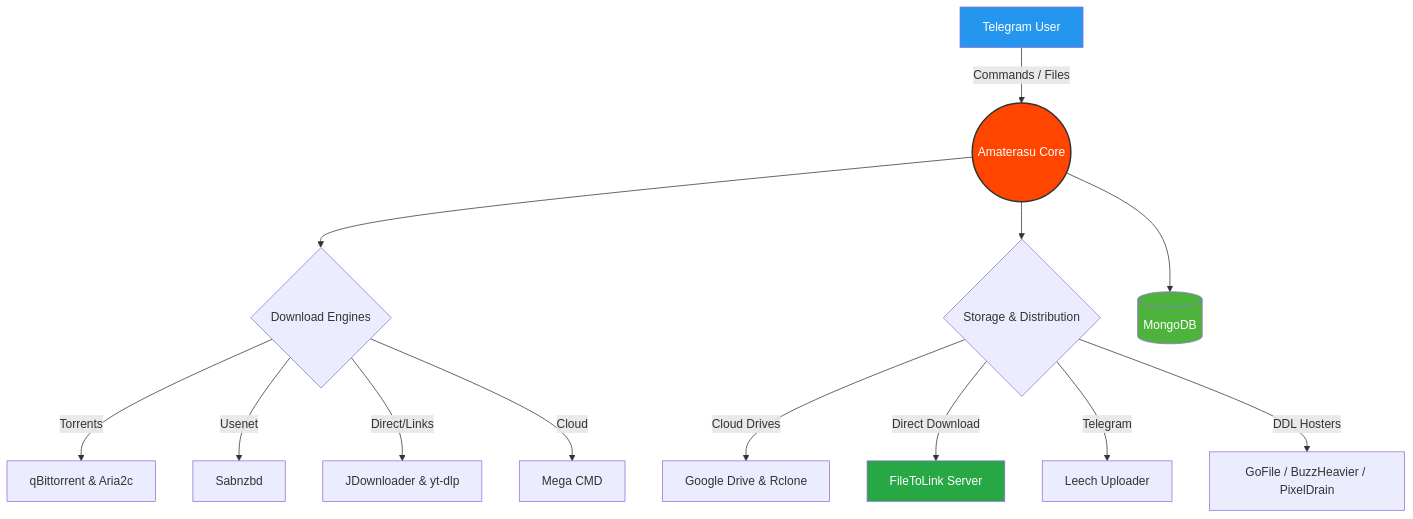
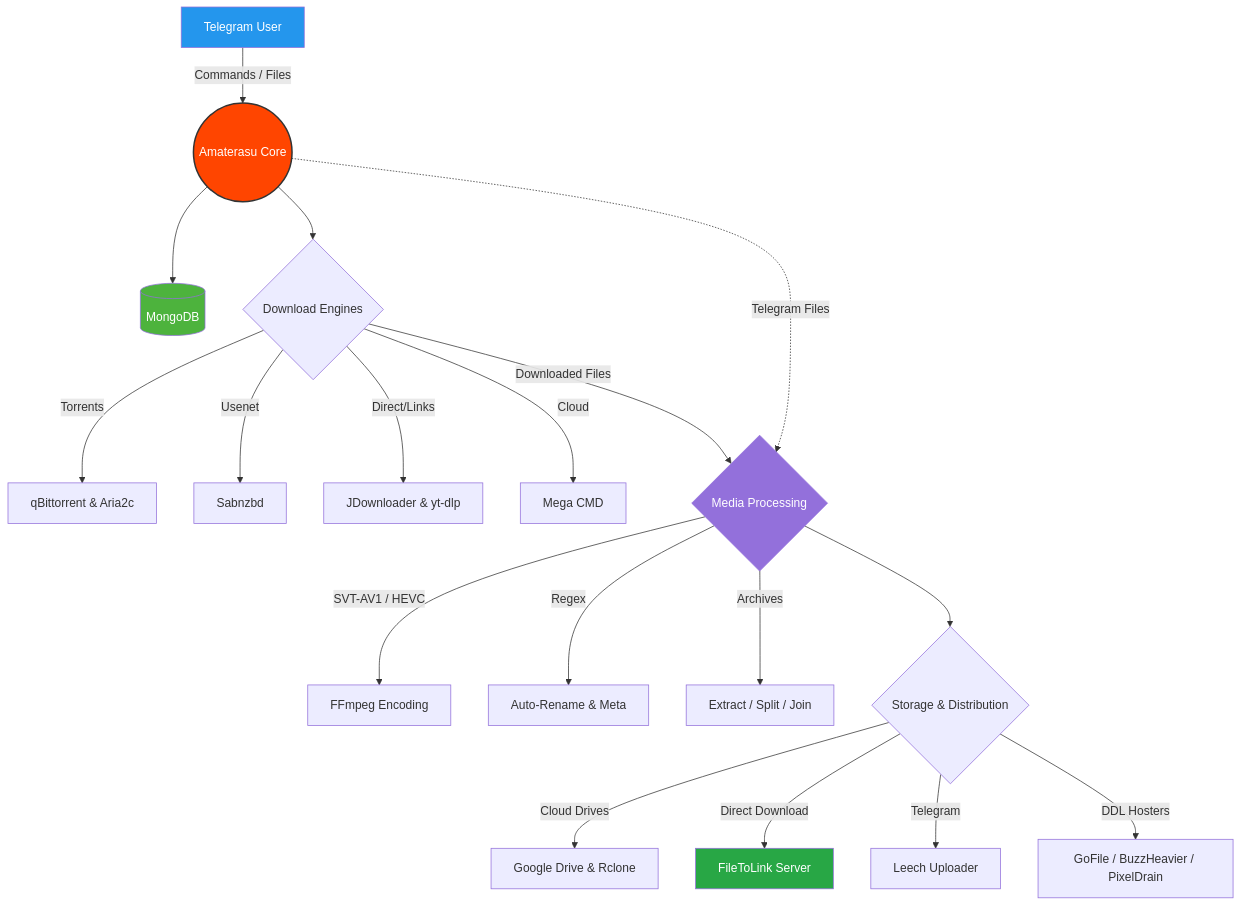
One commit to Zan-getsu/Amaterasu changed the diagram in README.md. Above: the diagram before and after it, drawn with Mermaid.

Commit message:
docs: update architecture diagram with media processing and encoding nodes

````diff
--- a/README.md
+++ b/README.md
@@ -146,20 +146,30 @@
 ```mermaid
 graph TD
     A[Telegram User] -->|Commands / Files| B((Amaterasu Core))
+    B --> L[(MongoDB)]
+    
     B --> C{Download Engines}
     C -->|Torrents| D[qBittorrent & Aria2c]
     C -->|Usenet| E[Sabnzbd]
     C -->|Direct/Links| F[JDownloader & yt-dlp]
     C -->|Cloud| M[Mega CMD]
-    B --> G{Storage & Distribution}
+    
+    B -.->|Telegram Files| N
+    C -->|Downloaded Files| N{Media Processing}
+    N -->|SVT-AV1 / HEVC| O[FFmpeg Encoding]
+    N -->|Regex| P[Auto-Rename & Meta]
+    N -->|Archives| Q[Extract / Split / Join]
+
+    N --> G{Storage & Distribution}
+    
     G -->|Cloud Drives| H[Google Drive & Rclone]
     G -->|Direct Download| I[FileToLink Server]
     G -->|Telegram| J[Leech Uploader]
     G -->|DDL Hosters| K[GoFile / BuzzHeavier / PixelDrain]
-    B --> L[(MongoDB)]
     
     style B fill:#FF4500,stroke:#333,stroke-width:2px,color:#fff
     style A fill:#2496ED,color:#fff
     style I fill:#28a745,color:#fff
     style L fill:#4DB33D,color:#fff
+    style N fill:#9370DB,color:#fff
 ```
````
